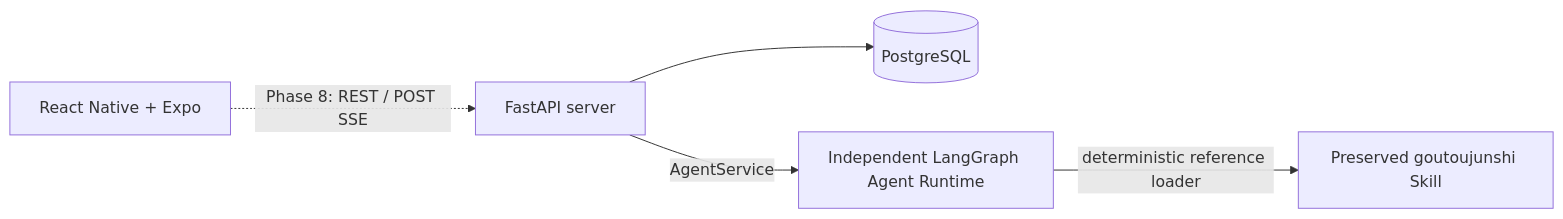
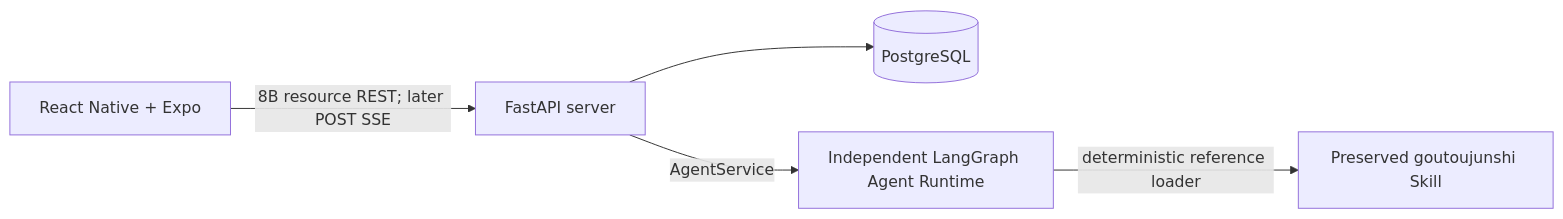
One commit to Lack666/goutouapp changed the diagram in docs/ARCHITECTURE.md. Above: the diagram before and after it, drawn with Mermaid. The commit also changed other lines of this file and 62 other files, not shown here.

Commit message:
feat: complete Phase 8B generated mobile client and owned resources

````diff
--- a/docs/ARCHITECTURE.md
+++ b/docs/ARCHITECTURE.md
@@ -19,7 +19,7 @@
 ```mermaid
 flowchart LR
-  Mobile[React Native + Expo] -.->|Phase 8: REST / POST SSE| Server[FastAPI server]
+  Mobile[React Native + Expo] -->|8B resource REST; later POST SSE| Server[FastAPI server]
   Server --> Database[(PostgreSQL)]
   Server -->|AgentService| Runtime[Independent LangGraph Agent Runtime]
   Runtime -->|deterministic reference loader| Knowledge[Preserved goutoujunshi Skill]
 ```
````
